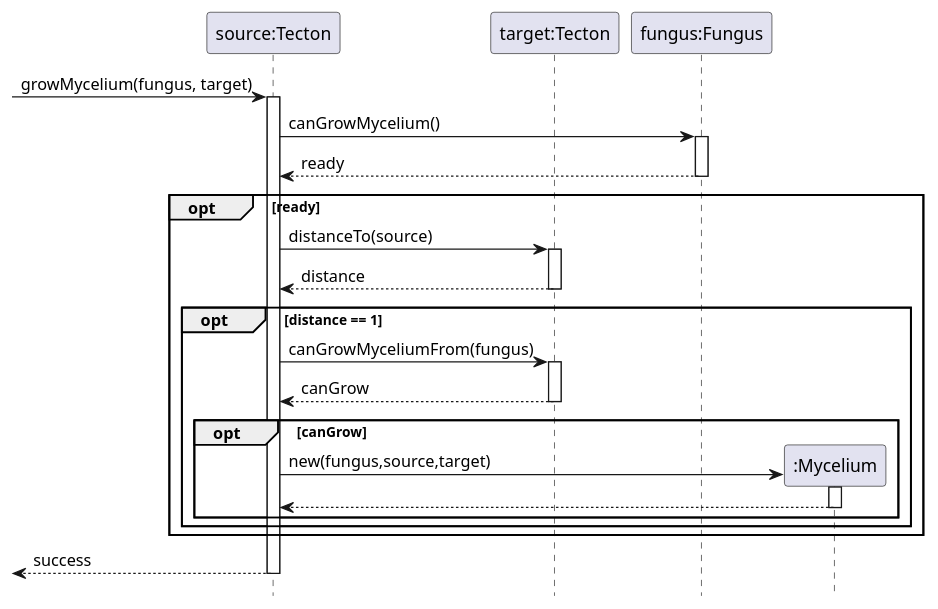
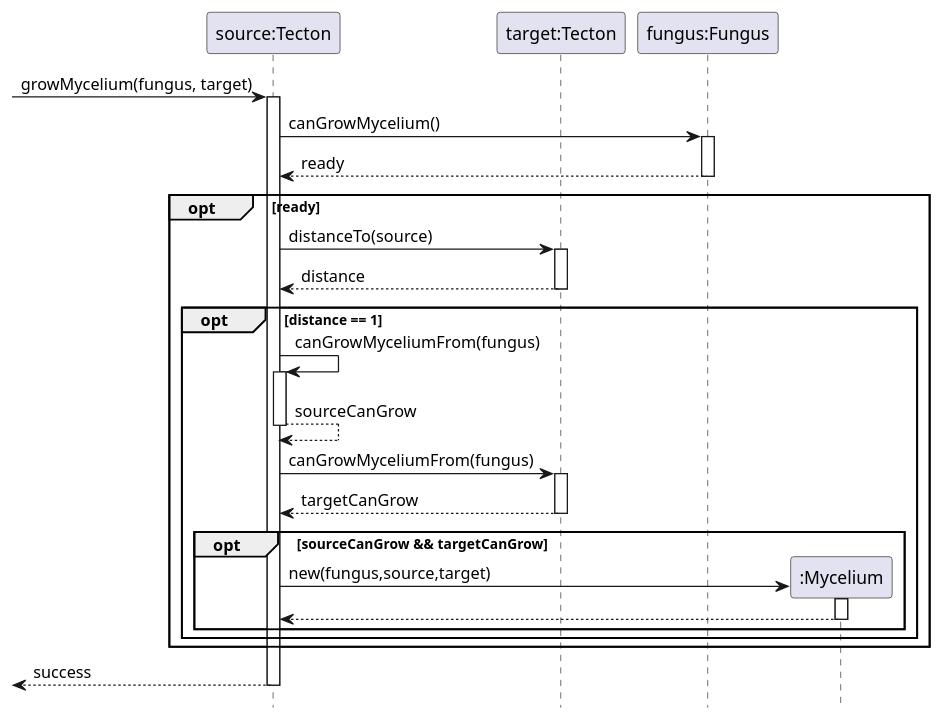
One commit to ZD4ve/projlab-error521 changed the diagram in Mycelium/mycelium-grow.pu. Above: the diagram before and after it, drawn with PlantUML.

Commit message:
one more thing

```diff
--- a/Mycelium/mycelium-grow.pu
+++ b/Mycelium/mycelium-grow.pu
@@ -1,38 +1,41 @@
 @startuml Mycelium/mycelium-grow
 hide footbox
 
 participant "source:Tecton" as source
 participant "target:Tecton" as target
 participant "fungus:Fungus" as fungus
 participant ":Mycelium" as mycelium
 
 -> source : growMycelium(fungus, target)
 activate source
 
 source -> fungus : canGrowMycelium()
 activate fungus
 return ready
 opt ready
     source -> target : distanceTo(source)
     activate target
     return distance
     opt distance == 1
     'TODO MIAFASZ'
+        source -> source : canGrowMyceliumFrom(fungus)
+        activate source
+        return sourceCanGrow
         source -> target : canGrowMyceliumFrom(fungus) 
-        'check (gombatest or mycelium) and (mycelium species count < limit)
         activate target
-        return canGrow
+        return targetCanGrow
+        ' ^check (gombatest or mycelium) and (mycelium species count < limit)
 
-        opt canGrow
+        opt sourceCanGrow && targetCanGrow
             create mycelium
             source -> mycelium : new(fungus,source,target)
             activate mycelium
             return
         end
     end
 end
 <-- source : success
 deactivate source
 
 
 @enduml
```
